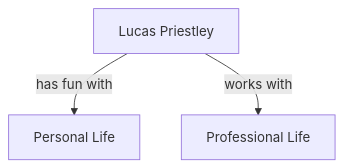
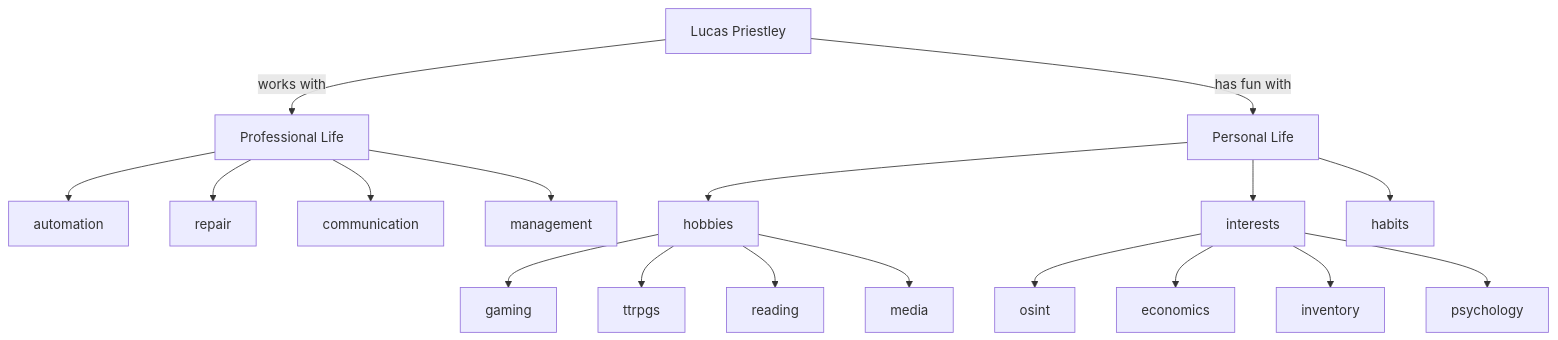
Before and after one commit to freylint/twoat: the first of 2 diagrams in docs/index.qmd, drawn with Mermaid.

Commit message:
Update index.qmd
Start filling out personal section

````diff
--- a/docs/index.qmd
+++ b/docs/index.qmd
@@ -9,10 +9,19 @@
 ```{mermaid}
 flowchart
   me[Lucas Priestley]
   prof[Professional Life]
   pers[Personal Life]
 
-  me-->|has fun with|pers
-  me-->|works with|prof
+  me -->|has fun with| pers
+  me -->|works with| prof
+
+  prof --> automation & repair & communication & management
   
+  pers --> hobbies & interests & habits
+
+  hobbies --> gaming & ttrpgs & reading & media
+
+  interests --> osint & economics & inventory & psychology
+
+
 ```
````
